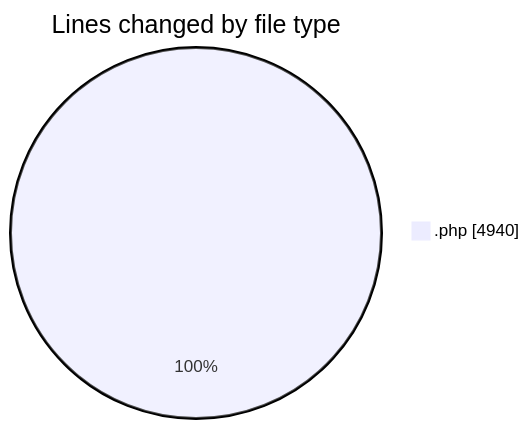
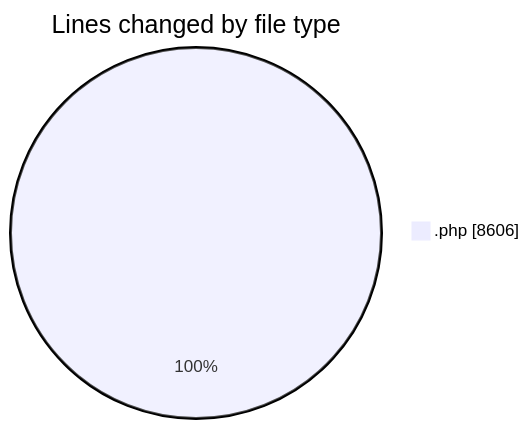
Before and after one commit to vahidmafi/code-tracking: the first of 2 diagrams in 2025-12-29/shop/README.md, drawn with Mermaid. The commit also changed other lines of this file and 1 other file, not shown here.

````diff
--- a/2025-12-29/shop/README.md
+++ b/2025-12-29/shop/README.md
@@ -21,5 +22,5 @@
 ```mermaid
 pie showData
 title Lines changed by file type
-".php" : 4940
+".php" : 8606
 ```
````
